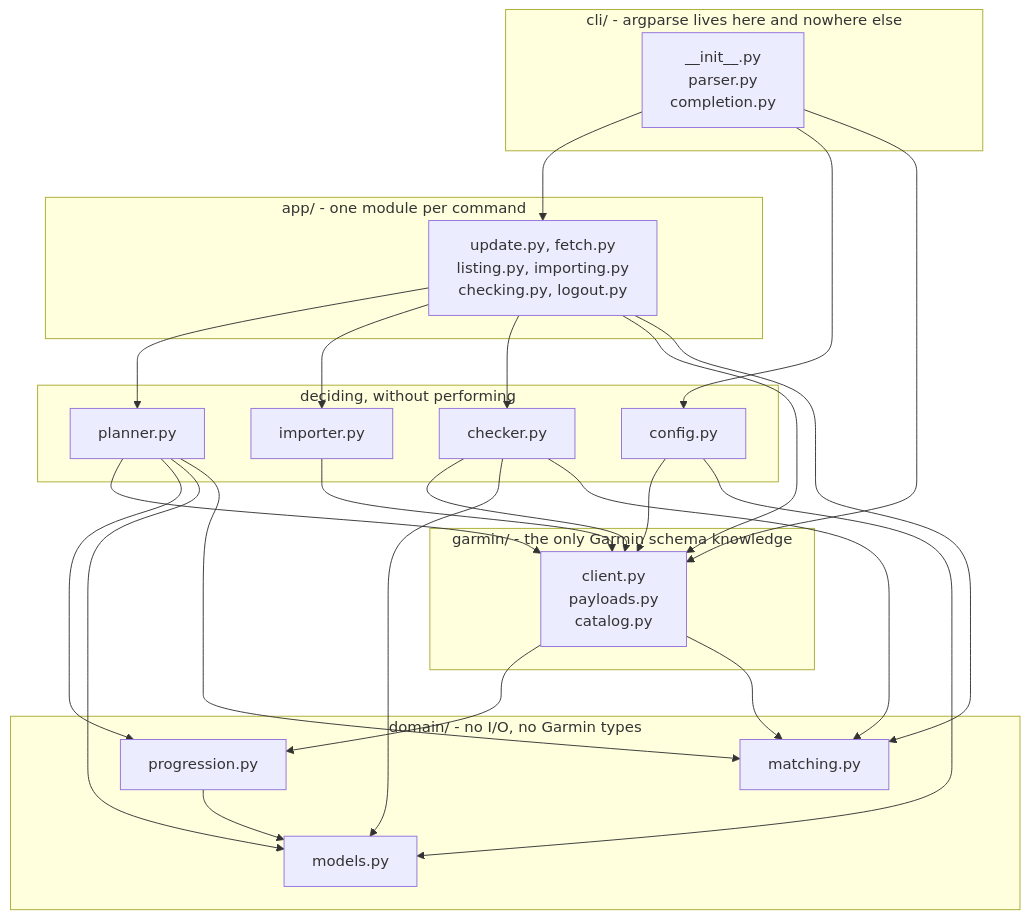
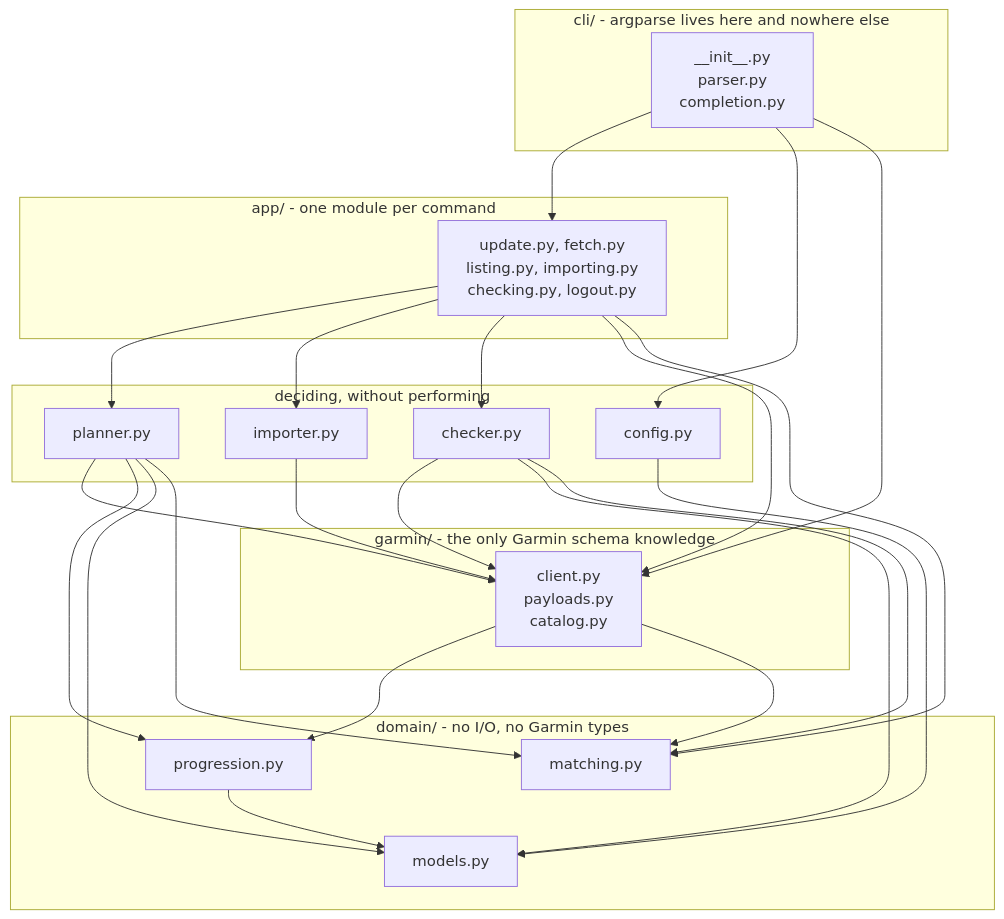
Before and after one commit to theadzik/repwise: the first of 2 diagrams in docs/architecture.md, drawn with Mermaid. The commit also changed other lines of this file and 23 other files, not shown here.

````diff
--- a/docs/architecture.md
+++ b/docs/architecture.md
@@ -84,38 +84,37 @@
 ```mermaid
 flowchart TD
     subgraph presentation["cli/ - argparse lives here and nowhere else"]
         cli["__init__.py<br/>parser.py<br/>completion.py"]
     end
 
     subgraph application["app/ - one module per command"]
         commands["update.py, fetch.py<br/>listing.py, importing.py<br/>checking.py, logout.py"]
     end
 
     subgraph services["deciding, without performing"]
         planner["planner.py"]
         importer["importer.py"]
         checker["checker.py"]
         config["config.py"]
     end
 
     subgraph adapter["garmin/ - the only Garmin schema knowledge"]
         garmin["client.py<br/>payloads.py<br/>catalog.py"]
     end
 
     subgraph domain["domain/ - no I/O, no Garmin types"]
         progression["progression.py"]
         models["models.py"]
         matching["matching.py"]
     end
 
     cli --> commands
     cli --> config & garmin
-    config --> garmin
     commands --> planner & importer & checker
     commands --> garmin & matching
     planner & importer & checker --> garmin
     planner & garmin --> progression
     planner & checker & config --> models
     planner & checker & garmin --> matching
     progression --> models
 ```
````
